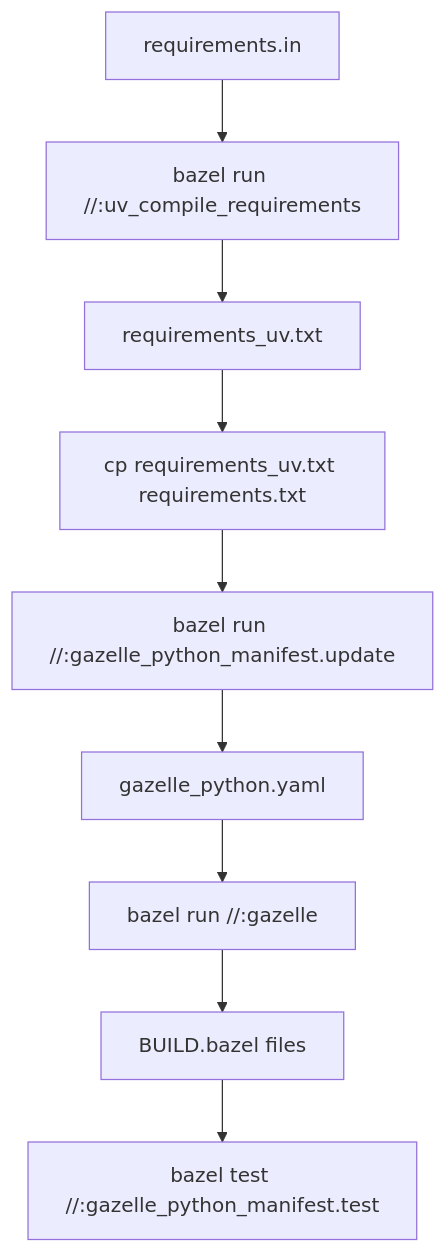
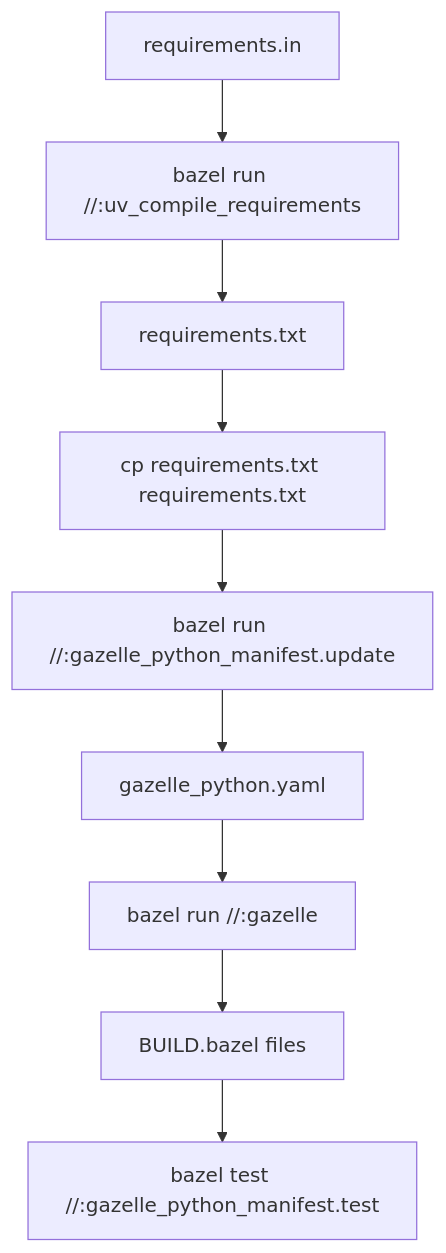
Before and after one commit to hduc-le/bazel-demo: the first of 2 diagrams in README.md, drawn with Mermaid. The commit also changed other lines of this file and 1 other file, not shown here.

````diff
--- a/README.md
+++ b/README.md
@@ -249,11 +243,11 @@
 ```mermaid
 graph TD
     A[requirements.in] --> B[bazel run //:uv_compile_requirements]
-    B --> C[requirements_uv.txt]
-    C --> D[cp requirements_uv.txt requirements.txt]
+    B --> C[requirements.txt]
+    C --> D[cp requirements.txt requirements.txt]
     D --> E[bazel run //:gazelle_python_manifest.update]
     E --> F[gazelle_python.yaml]
     F --> G[bazel run //:gazelle]
     G --> H[BUILD.bazel files]
     H --> I[bazel test //:gazelle_python_manifest.test]
 ```
````
